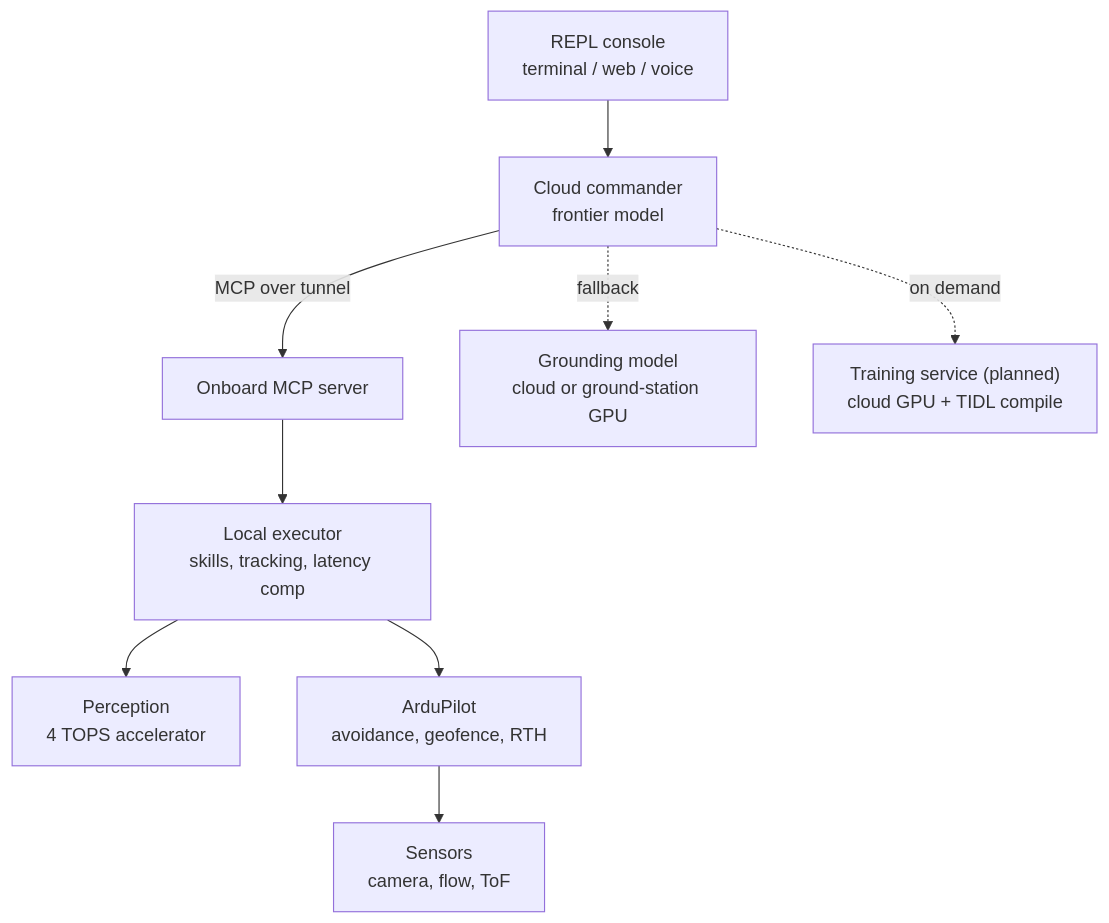
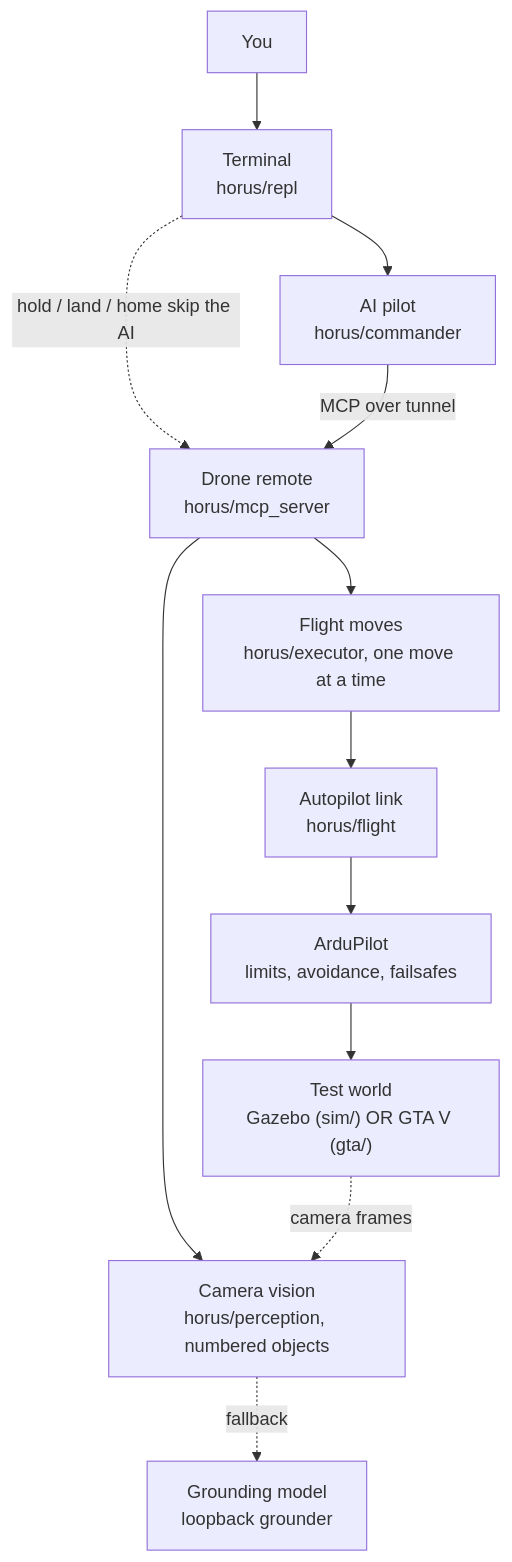
Before and after one commit to seros-cimenstein/horus-drone: the first of 3 diagrams in HORUS — Design Document v2.md, drawn with Mermaid. The commit also changed other lines of this file and 245 other files, not shown here.

First line of the commit message:
Align HORUS with the approved architecture diagram

````diff
--- a/HORUS — Design Document v2.md
+++ b/HORUS — Design Document v2.md
@@ -32,11 +32,14 @@
 ```mermaid
 flowchart TD
-  R["REPL console<br/>terminal / web / voice"] --> C["Cloud commander<br/>frontier model"]
-  C -->|MCP over tunnel| M["Onboard MCP server"]
-  C -.fallback.-> G["Grounding model<br/>cloud or ground-station GPU"]
-  C -.on demand.-> T["Training service (planned)<br/>cloud GPU + TIDL compile"]
-  M --> E["Local executor<br/>skills, tracking, latency comp"]
-  E --> P["Perception<br/>4 TOPS accelerator"]
-  E --> A["ArduPilot<br/>avoidance, geofence, RTH"]
-  A --> S["Sensors<br/>camera, flow, ToF"]
+  Y["You"] --> R["Terminal<br/>horus/repl"]
+  R --> C["AI pilot<br/>horus/commander"]
+  R -.hold / land / home skip the AI.-> M
+  C -->|MCP over tunnel| M["Drone remote<br/>horus/mcp_server"]
+  M --> E["Flight moves<br/>horus/executor, one move at a time"]
+  M --> P["Camera vision<br/>horus/perception, numbered objects"]
+  P -.fallback.-> G["Grounding model<br/>loopback grounder"]
+  E --> L["Autopilot link<br/>horus/flight"]
+  L --> A["ArduPilot<br/>limits, avoidance, failsafes"]
+  A --> W["Test world<br/>Gazebo (sim/) OR GTA V (gta/)"]
+  W -.camera frames.-> P
 ```
````
